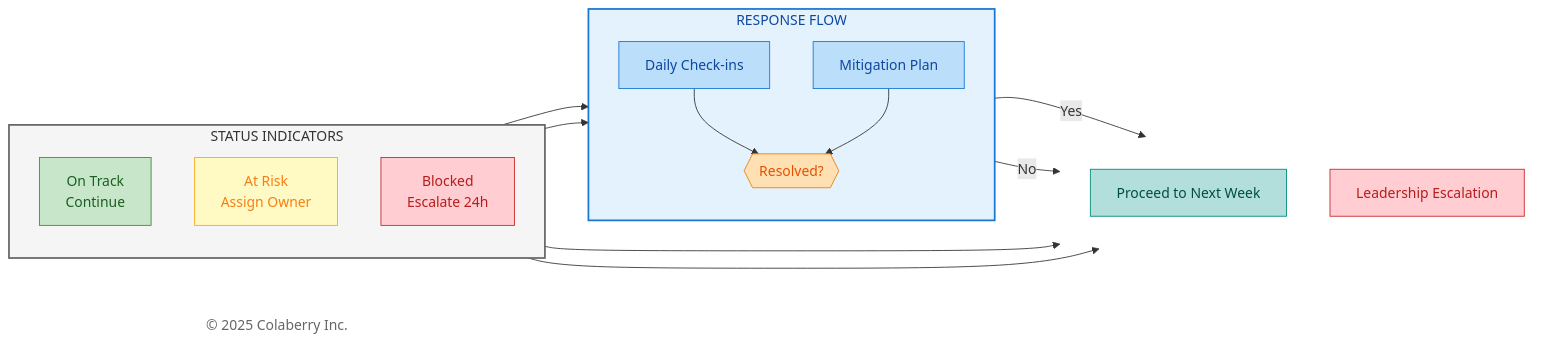
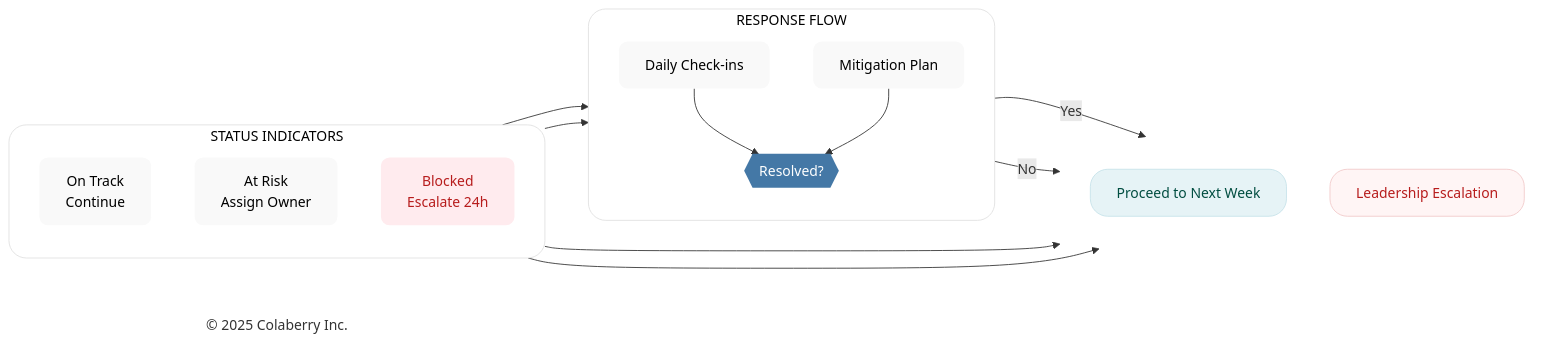
One commit to saitejesh-cyber/trust-before-intelligence-book changed the sixth of 7 diagrams in manuscript/11_chapter_10_week_by_week_implementation.md. Above: the diagram before and after it, drawn with Mermaid. The commit also changed other lines of this file and 7 other files, not shown here.

Commit message:
Chapter 6to13: Updated mermaid diagrams based on new colaberry color code

````diff
--- a/manuscript/11_chapter_10_week_by_week_implementation.md
+++ b/manuscript/11_chapter_10_week_by_week_implementation.md
@@ -610,48 +610,48 @@
 ```mermaid
 
 graph LR
     subgraph STATUS["STATUS INDICATORS"]
         direction TB
         GREEN["On Track<br/>Continue"]
         YELLOW["At Risk<br/>Assign Owner"]
         RED["Blocked<br/>Escalate 24h"]
     end
     
     subgraph ACTIONS["RESPONSE FLOW"]
         direction TB
         R1["Daily Check-ins"]
         R2["Mitigation Plan"]
         RESOLVED{{"Resolved?"}}
         R1 --> RESOLVED
         R2 --> RESOLVED
     end
     
     subgraph OUTCOMES[" "]
         direction TB
         CONTINUE["Proceed to Next Week"]
         ESCALATE["Leadership Escalation"]
     end
     
     Copyright["© 2025 Colaberry Inc."]
     
     GREEN --> CONTINUE
     YELLOW --> R1
     YELLOW --> R2
     RED --> ESCALATE
     RESOLVED -->|"Yes"| CONTINUE
     RESOLVED -->|"No"| ESCALATE
     
-    style STATUS fill:#f5f5f5,stroke:#666666,stroke-width:2px,color:#333333
-    style ACTIONS fill:#e3f2fd,stroke:#1976d2,stroke-width:2px,color:#0d47a1
+    style STATUS fill:#ffffff,stroke:#e0e0e0,stroke-width:1px,color:#000000,rx:20,ry:20
+    style ACTIONS fill:#ffffff,stroke:#e0e0e0,stroke-width:1px,color:#000000,rx:20,ry:20
     style OUTCOMES fill:none,stroke:none
-    style GREEN fill:#c8e6c9,stroke:#388e3c,color:#1b5e20
-    style YELLOW fill:#fff9c4,stroke:#f9a825,color:#f57f17
-    style RED fill:#ffcdd2,stroke:#c62828,color:#b71c1c
-    style R1 fill:#bbdefb,stroke:#1976d2,color:#0d47a1
-    style R2 fill:#bbdefb,stroke:#1976d2,color:#0d47a1
-    style RESOLVED fill:#ffe0b2,stroke:#f57c00,color:#e65100
-    style CONTINUE fill:#b2dfdb,stroke:#00897b,color:#004d40
-    style ESCALATE fill:#ffcdd2,stroke:#c62828,color:#b71c1c
-    style Copyright fill:#ffffff,stroke:none,color:#666666
+    style GREEN fill:#f9f9f9,stroke:none,color:#000000,rx:10,ry:10
+    style YELLOW fill:#f9f9f9,stroke:none,color:#000000,rx:10,ry:10
+    style RED fill:#ffebee,stroke:none,color:#b71c1c,rx:10,ry:10
+    style R1 fill:#f9f9f9,stroke:none,color:#000000,rx:10,ry:10
+    style R2 fill:#f9f9f9,stroke:none,color:#000000,rx:10,ry:10
+    style RESOLVED fill:#4478A6,stroke:none,color:#ffffff,rx:10,ry:10
+    style CONTINUE fill:#e6f3f6,stroke:#c7e3ea,stroke-width:1px,color:#004d40,rx:20,ry:20
+    style ESCALATE fill:#fff5f5,stroke:#f2caca,stroke-width:1px,color:#b71c1c,rx:20,ry:20
+    style Copyright fill:none,stroke:none,color:#333333
 
 ```
````
